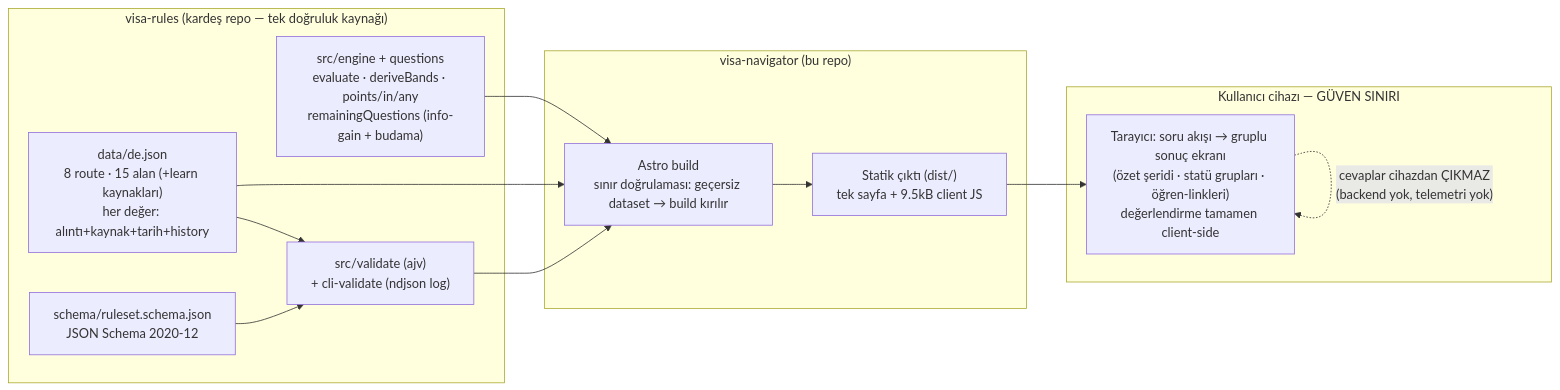
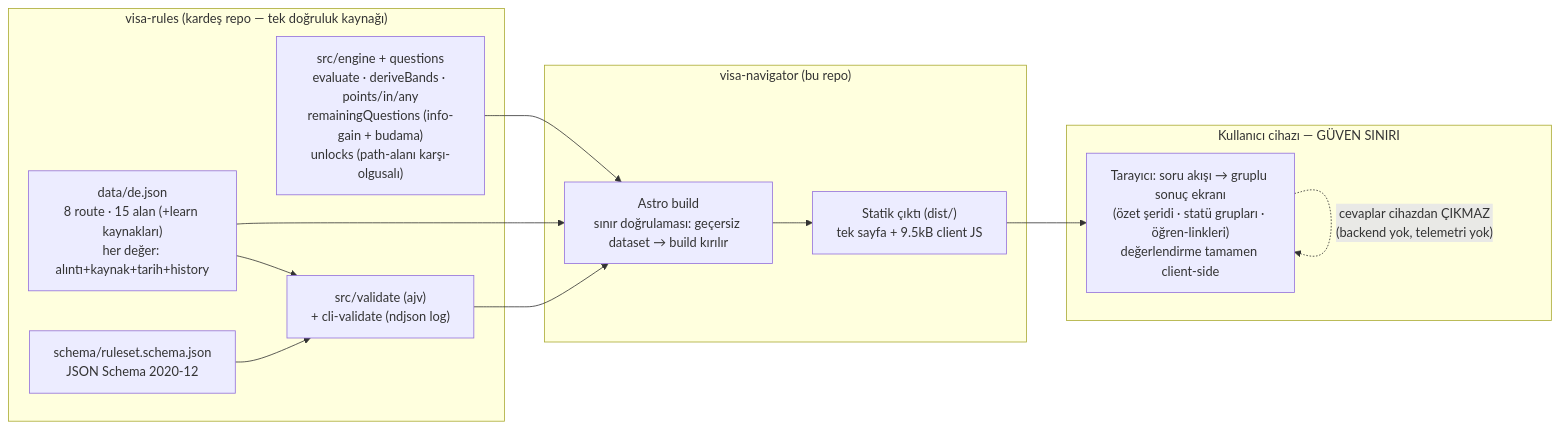
Before and after one commit to OytunOnal/permit-rulebook: the diagram in docs/spine/ARCHITECTURE.md, drawn with Mermaid. The commit also changed other lines of this file and 4 other files, not shown here.

````diff
--- a/docs/spine/ARCHITECTURE.md
+++ b/docs/spine/ARCHITECTURE.md
@@ -5,24 +5,24 @@
 ```mermaid
 flowchart LR
     subgraph rules["visa-rules (kardeş repo — tek doğruluk kaynağı)"]
         DATA["data/de.json<br/>8 route · 15 alan (+learn kaynakları)<br/>her değer: alıntı+kaynak+tarih+history"]
         SCHEMA["schema/ruleset.schema.json<br/>JSON Schema 2020-12"]
-        ENGINE["src/engine + questions<br/>evaluate · deriveBands · points/in/any<br/>remainingQuestions (info-gain + budama)"]
+        ENGINE["src/engine + questions<br/>evaluate · deriveBands · points/in/any<br/>remainingQuestions (info-gain + budama)<br/>unlocks (path-alanı karşı-olgusalı)"]
         VALIDATE["src/validate (ajv)<br/>+ cli-validate (ndjson log)"]
     end
 
     subgraph nav["visa-navigator (bu repo)"]
         BUILD["Astro build<br/>sınır doğrulaması: geçersiz dataset → build kırılır"]
         SITE["Statik çıktı (dist/)<br/>tek sayfa + 9.5kB client JS"]
     end
 
     subgraph device["Kullanıcı cihazı — GÜVEN SINIRI"]
         UI["Tarayıcı: soru akışı → gruplu sonuç ekranı<br/>(özet şeridi · statü grupları · öğren-linkleri)<br/>değerlendirme tamamen client-side"]
     end
 
     DATA --> VALIDATE --> BUILD
     SCHEMA --> VALIDATE
     DATA --> BUILD
     ENGINE --> BUILD --> SITE --> UI
     UI -. "cevaplar cihazdan ÇIKMAZ<br/>(backend yok, telemetri yok)" .-> UI
 ```
````
